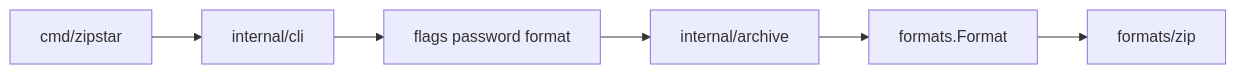
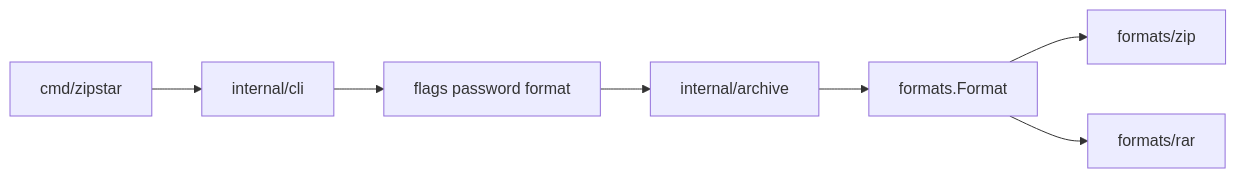
The diagram in docs/ARCHITECTURE.md (fr13dman/zipstar), drawn with Mermaid before and after one commit. The commit also changed other lines of this file and 57 other files, not shown here.

````diff
--- a/docs/ARCHITECTURE.md
+++ b/docs/ARCHITECTURE.md
@@ -19,8 +20,9 @@
 ```mermaid
 flowchart LR
   main[cmd/zipstar] --> cli[internal/cli]
   cli --> validate[flags password format]
   validate --> paths[internal/archive]
   paths --> fmt[formats.Format]
   fmt --> zip[formats/zip]
+  fmt --> rar[formats/rar]
 ```
````
